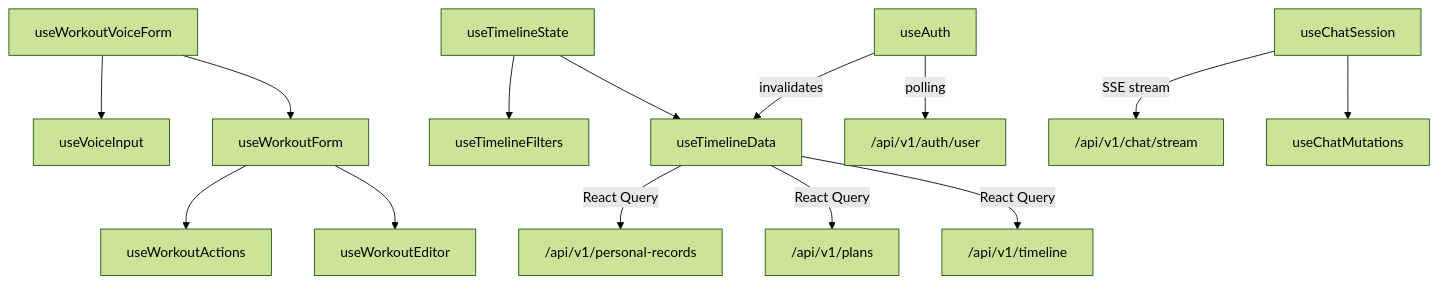
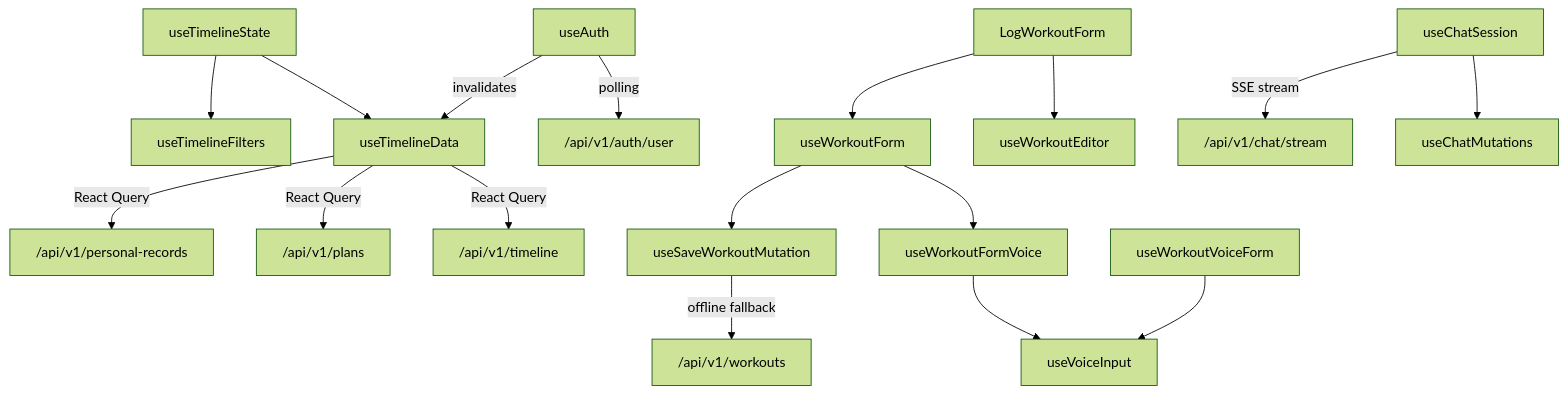
Before and after one commit to daler91/Hyrox-Companion: the first of 2 diagrams in docs/state-management.md, drawn with Mermaid (forest theme). The commit also changed other lines of this file and 2 other files, not shown here.

````diff
--- a/docs/state-management.md
+++ b/docs/state-management.md
@@ -209,19 +209,22 @@
 ```mermaid
 flowchart TD
     UTS[useTimelineState] --> UTD[useTimelineData]
     UTS --> UTF[useTimelineFilters]
     UTD --> |React Query| API["/api/v1/timeline"]
     UTD --> |React Query| API2["/api/v1/plans"]
     UTD --> |React Query| API3["/api/v1/personal-records"]
     
-    UWF[useWorkoutForm] --> UWE[useWorkoutEditor]
-    UWF --> UWA[useWorkoutActions]
-    UWVF[useWorkoutVoiceForm] --> UWF
-    UWVF --> UVI[useVoiceInput]
+    LWF[LogWorkoutForm] --> UWE[useWorkoutEditor]
+    LWF --> UWF[useWorkoutForm]
+    UWF --> UWFV[useWorkoutFormVoice]
+    UWF --> USWM[useSaveWorkoutMutation]
+    UWFV --> UVI[useVoiceInput]
+    USWM --> |offline fallback| API6["/api/v1/workouts"]
+    UWVF[useWorkoutVoiceForm] --> UVI
     
     UCS[useChatSession] --> UCM[useChatMutations]
     UCS --> |SSE stream| API4["/api/v1/chat/stream"]
     
     UA[useAuth] --> |polling| API5["/api/v1/auth/user"]
     UA --> |invalidates| UTD
 ```
````
